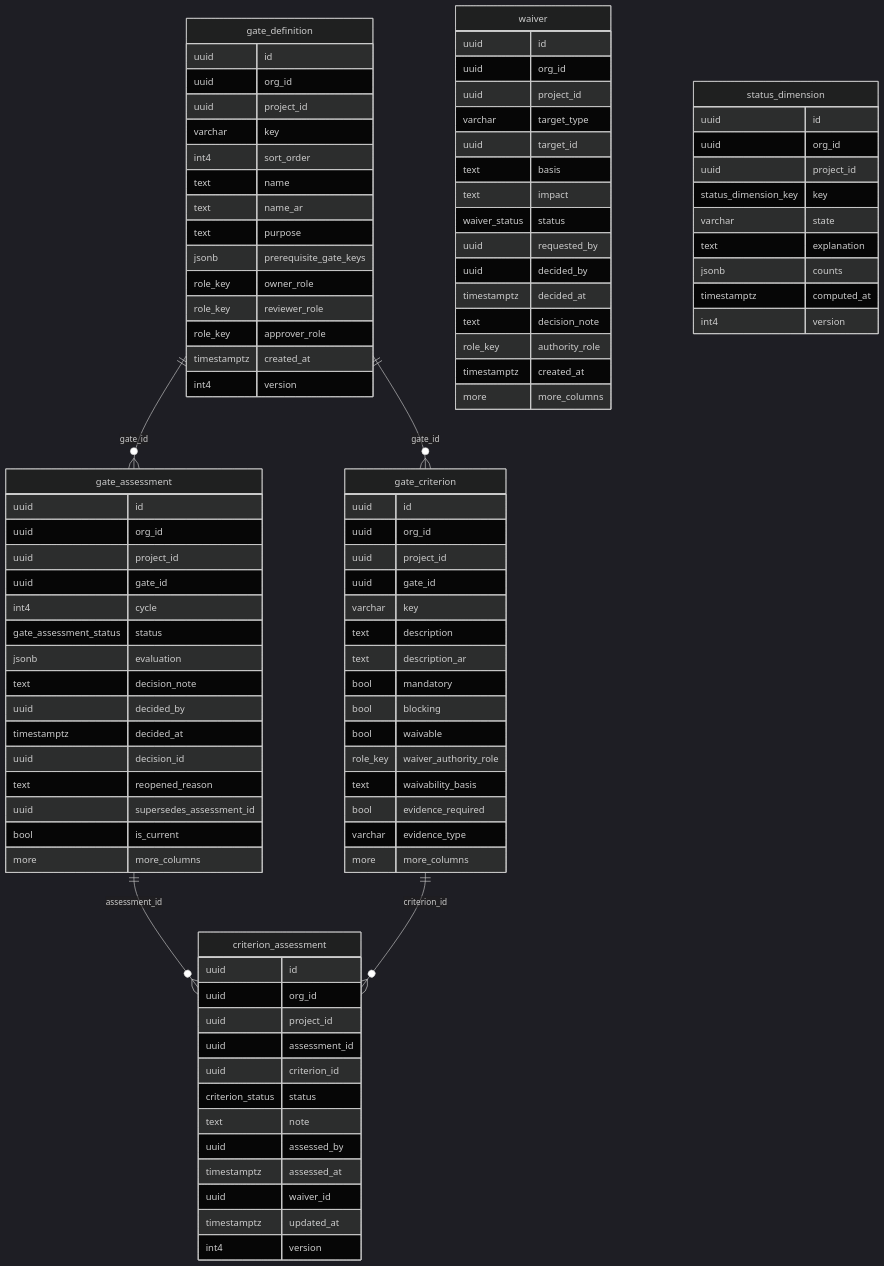
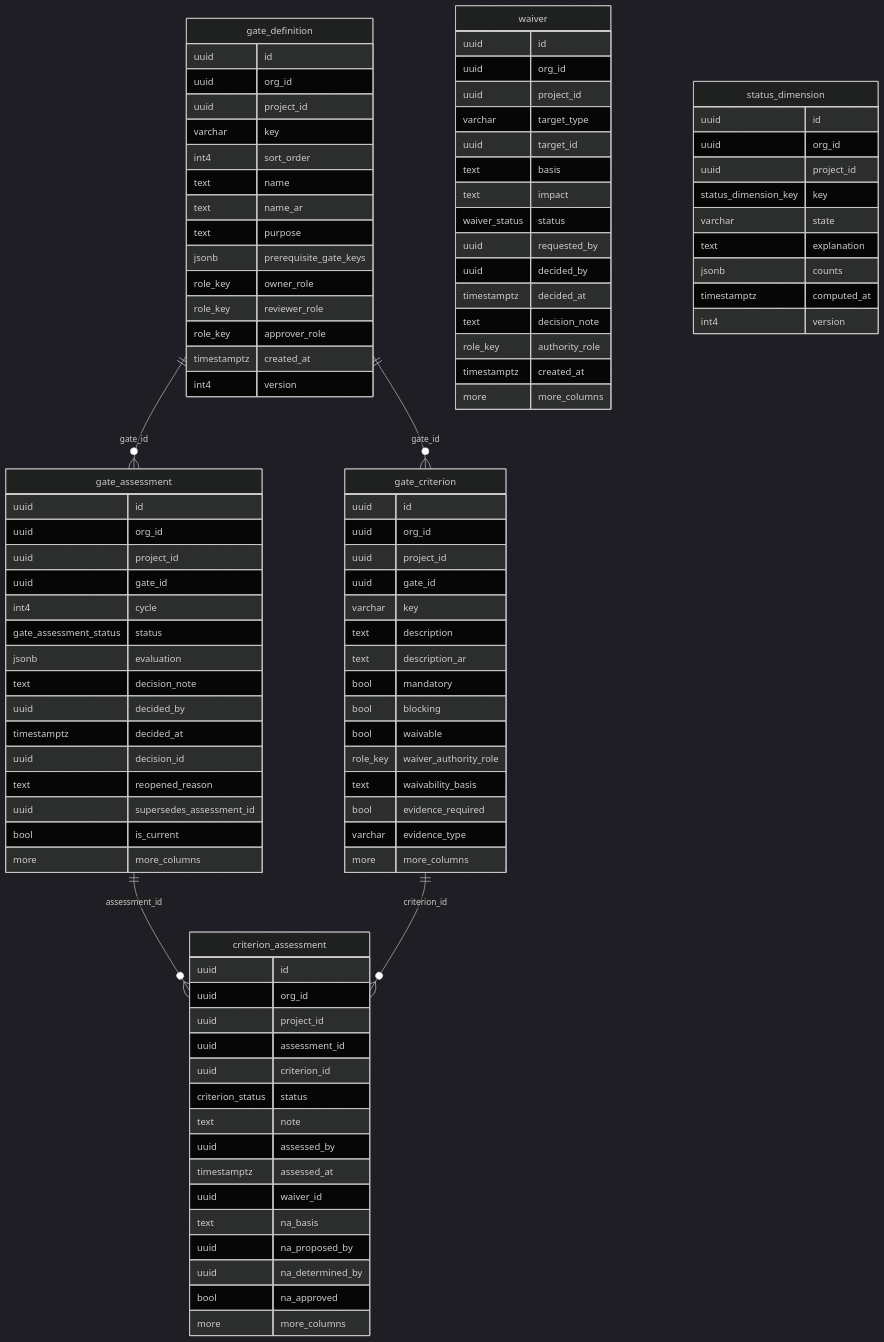
One commit to ghanemn94-rgb/My-owns changed the fifth of 13 diagrams in transformation-hub/docs/architecture/erd.md. Above: the diagram before and after it, drawn with Mermaid (dark theme). The commit also changed other lines of this file and 15 other files, not shown here.

```diff
--- a/transformation-hub/docs/architecture/erd.md
+++ b/transformation-hub/docs/architecture/erd.md
@@ -799,8 +801,11 @@
     uuid assessed_by
     timestamptz assessed_at
     uuid waiver_id
-    timestamptz updated_at
-    int4 version
+    text na_basis
+    uuid na_proposed_by
+    uuid na_determined_by
+    bool na_approved
+    more more_columns
   }
   waiver {
     uuid id
```
